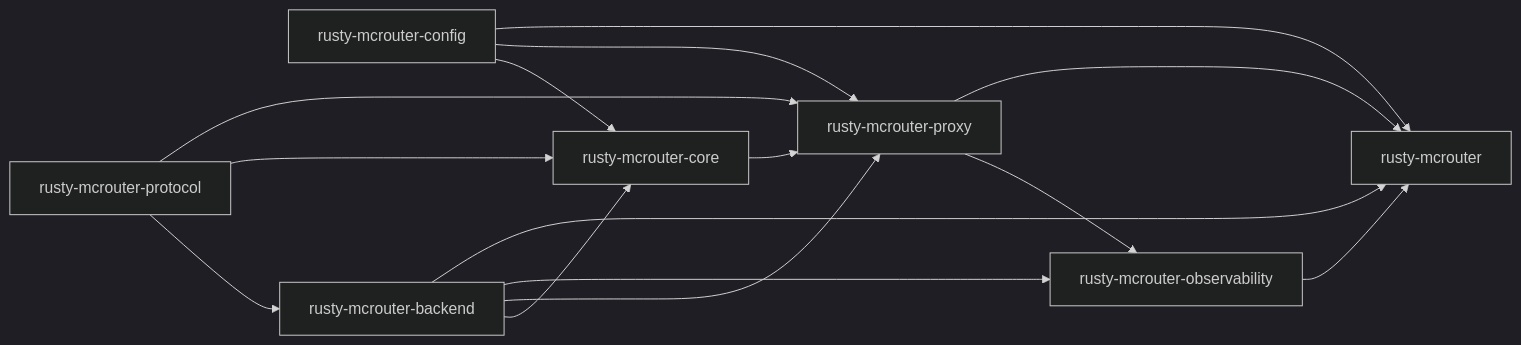
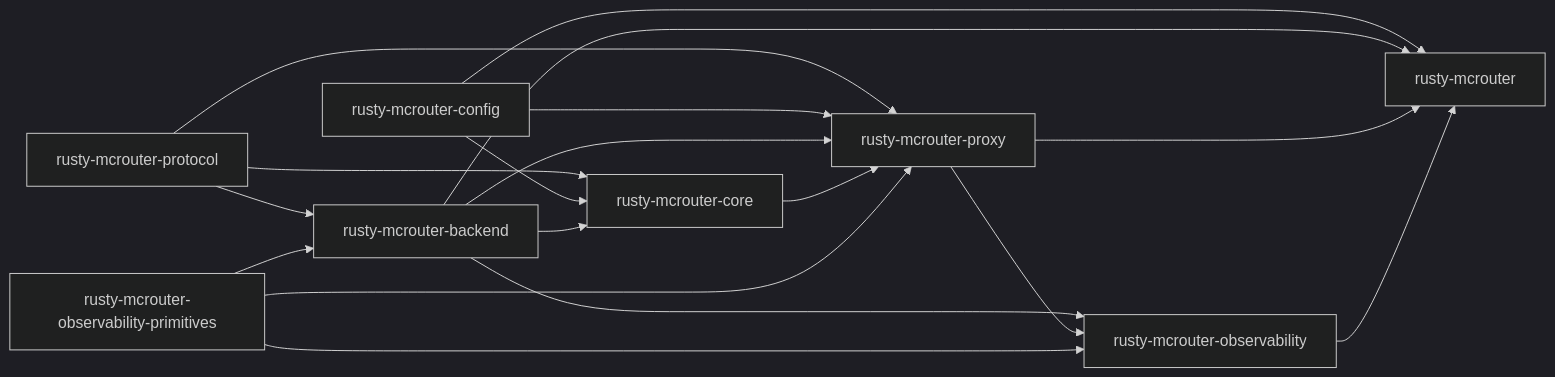
The first of 2 diagrams in docs/architecture/README.md (raydatray/rusty-mcrouter), drawn with Mermaid (dark theme) before and after one commit. The commit also changed other lines of this file and 3 other files, not shown here.

````diff
--- a/docs/architecture/README.md
+++ b/docs/architecture/README.md
@@ -16,25 +17,29 @@
 ```mermaid
 flowchart LR
     P[rusty-mcrouter-protocol]
     K[rusty-mcrouter-config]
+    Q[rusty-mcrouter-observability-primitives]
     B[rusty-mcrouter-backend]
     C[rusty-mcrouter-core]
     X[rusty-mcrouter-proxy]
     O[rusty-mcrouter-observability]
     R[rusty-mcrouter]
 
     P --> B
     P --> C
     P --> X
     K --> C
     K --> X
     B --> C
     B --> X
     C --> X
     B --> O
     X --> O
     K --> R
     B --> R
     X --> R
     O --> R
+    Q --> B
+    Q --> X
+    Q --> O
 ```
````
